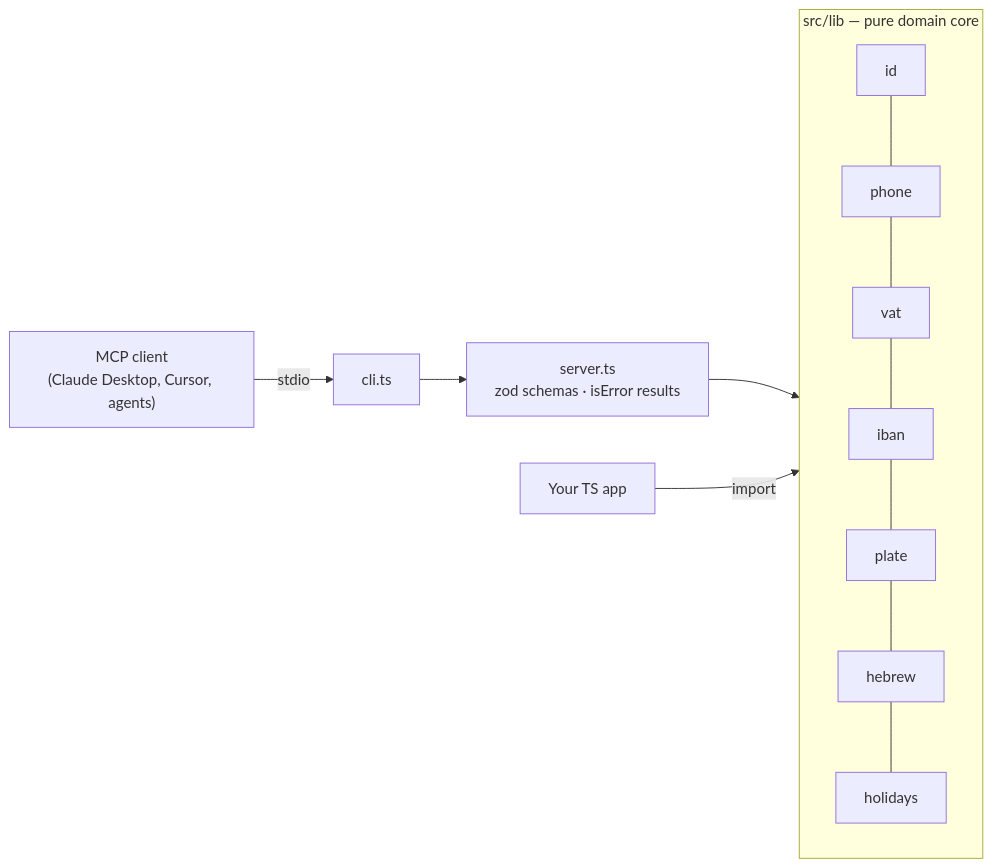
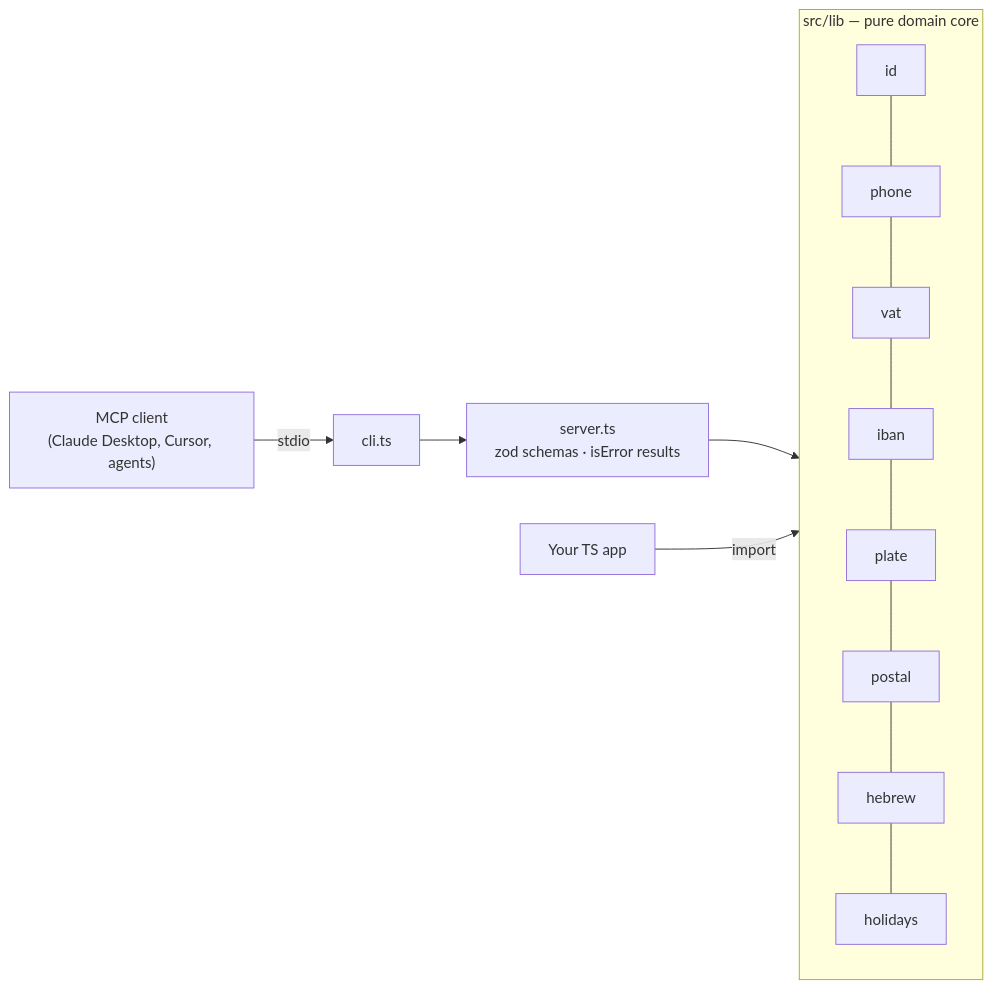
One commit to Shtibel1/hebrew-il-mcp changed the diagram in README.md. Above: the diagram before and after it, drawn with Mermaid. The commit also changed other lines of this file and 7 other files, not shown here.

````diff
--- a/README.md
+++ b/README.md
@@ -79,10 +84,10 @@
 ```mermaid
 flowchart LR
   C["MCP client<br/>(Claude Desktop, Cursor, agents)"] -- stdio --> CLI[cli.ts]
   CLI --> S["server.ts<br/>zod schemas · isError results"]
   S --> L
   subgraph L["src/lib — pure domain core"]
-    ID[id] --- PH[phone] --- VAT[vat] --- IB[iban] --- PL[plate] --- HE[hebrew] --- HO[holidays]
+    ID[id] --- PH[phone] --- VAT[vat] --- IB[iban] --- PL[plate] --- PO[postal] --- HE[hebrew] --- HO[holidays]
   end
   APP["Your TS app"] -- import --> L
 ```
````
